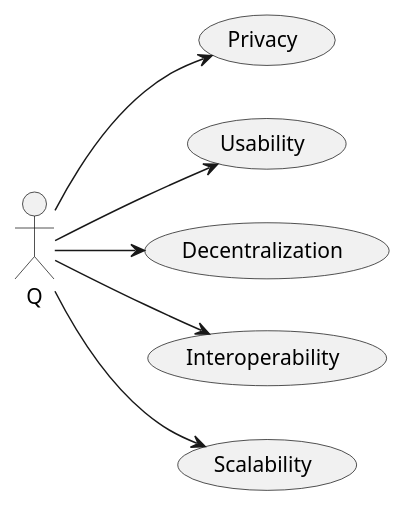
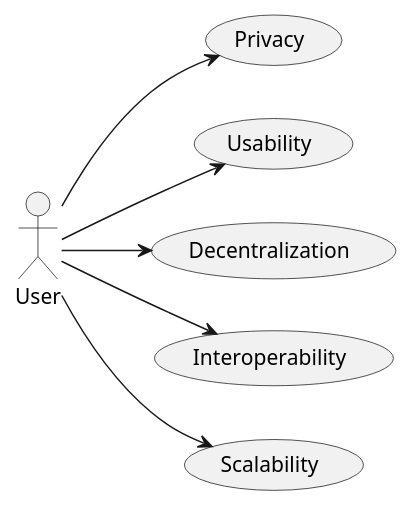
Before and after one commit to Arquisoft/lomap_es2b: the diagram in docs/10_quality_scenarios.adoc, drawn with PlantUML.

Commit message:
Cambio diagrama parte 10 documentación

```diff
--- a/docs/10_quality_scenarios.adoc
+++ b/docs/10_quality_scenarios.adoc
@@ -6,14 +6,14 @@
 [plantuml, "Quality tree", png]
 ----
 left to right direction
 (Privacy) as (Pr)
 (Usability) as (U)
 (Decentralization) as (S)
 (Interoperability) as (I)
 (Scalability) as (A)
-Q --> Pr
-Q --> U
-Q --> S
-Q --> I
-Q --> A
+User --> Pr
+User --> U
+User --> S
+User --> I
+User --> A
 ----
```
